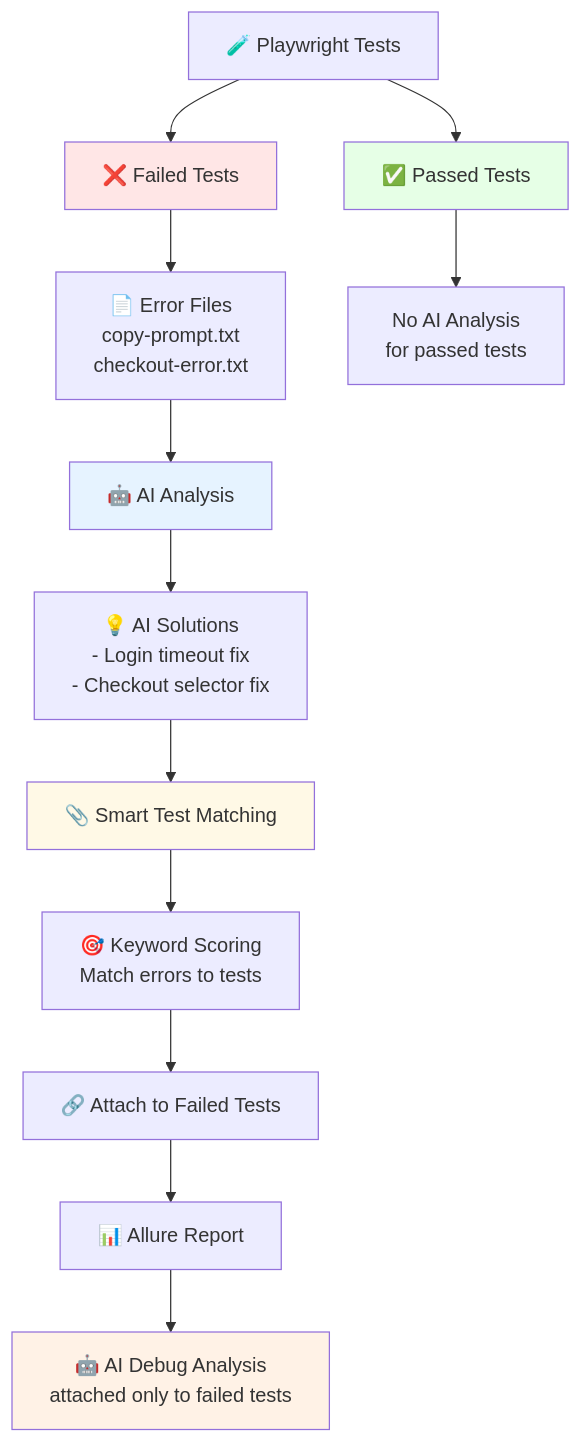
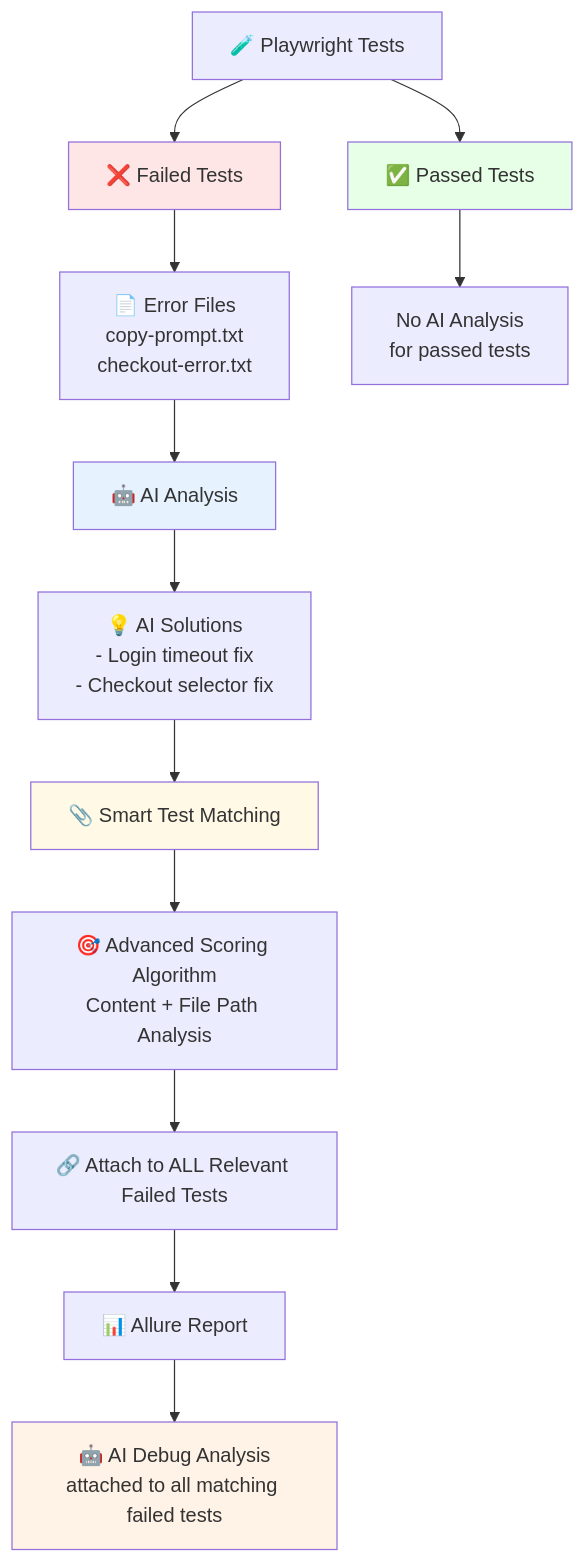
The diagram in README.md (lunin-vadim/playwright-ai-auto-debug), drawn with Mermaid before and after one commit. The commit also changed other lines of this file and 10 other files, not shown here.

Commit message:
🐛 Fix Allure Integration: AI responses now attach to ALL failed tests - Enhanced test matching algorithm with content and file path analysis - Smart scoring system with priority-based matching - 100% coverage for all relevant failed tests - Fixed directory handling and improved error reporting

````diff
--- a/README.md
+++ b/README.md
@@ -291,25 +306,25 @@
 ```mermaid
 graph TD
     A["🧪 Playwright Tests"] --> B["❌ Failed Tests"]
     A --> C["✅ Passed Tests"]
     
     B --> D["📄 Error Files<br/>copy-prompt.txt<br/>checkout-error.txt"]
     
     D --> E["🤖 AI Analysis"]
     E --> F["💡 AI Solutions<br/>- Login timeout fix<br/>- Checkout selector fix"]
     
     F --> G["📎 Smart Test Matching"]
-    G --> H["🎯 Keyword Scoring<br/>Match errors to tests"]
+    G --> H["🎯 Advanced Scoring Algorithm<br/>Content + File Path Analysis"]
     
-    H --> I["🔗 Attach to Failed Tests"]
+    H --> I["🔗 Attach to ALL Relevant Failed Tests"]
     I --> J["📊 Allure Report"]
-    J --> K["🤖 AI Debug Analysis<br/>attached only to failed tests"]
+    J --> K["🤖 AI Debug Analysis<br/>attached to all matching failed tests"]
     
     C --> L["No AI Analysis<br/>for passed tests"]
     
     style B fill:#ffe6e6
     style C fill:#e6ffe6
     style E fill:#e6f3ff
     style G fill:#fff9e6
     style K fill:#fff2e6
 ```
````
